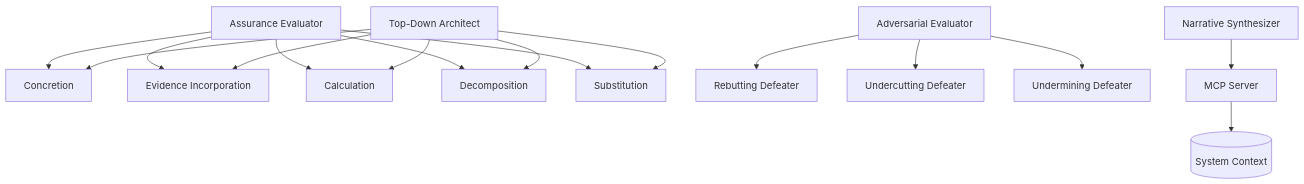
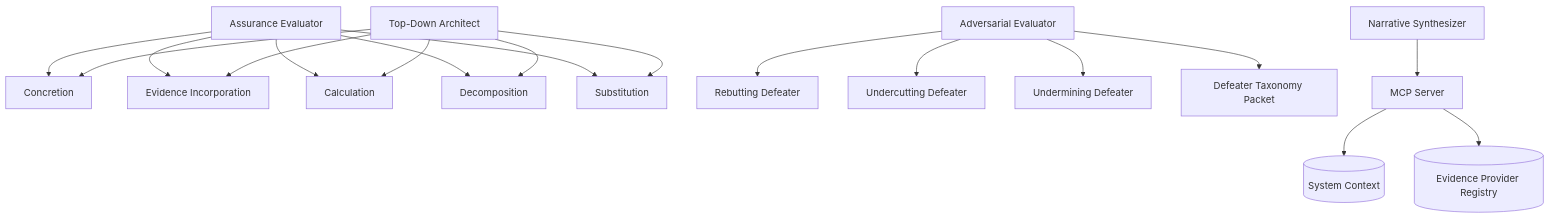
One commit to beLizzard1/AgenticAssuranceCases changed the second of 2 diagrams in README.md. Above: the diagram before and after it, drawn with Mermaid. The commit also changed other lines of this file and 34 other files, not shown here.

````diff
--- a/README.md
+++ b/README.md
@@ -37,21 +40,24 @@
 ```mermaid
 graph TD
   AE[Assurance Evaluator] --> C[Concretion]
   AE --> EI[Evidence Incorporation]
   AE --> CAL[Calculation]
   AE --> DEC[Decomposition]
   AE --> SUB[Substitution]
 
   TD[Top-Down Architect] --> EI
   TD --> CAL
   TD --> DEC
   TD --> SUB
   TD --> C
 
   ADV[Adversarial Evaluator] --> RB[Rebutting Defeater]
   ADV --> UC[Undercutting Defeater]
   ADV --> UM[Undermining Defeater]
 
+  ADV --> TAX[Defeater Taxonomy Packet]
+
   NS[Narrative Synthesizer] --> MCP[MCP Server]
   MCP --> CTX[(System Context)]
+  MCP --> REG[(Evidence Provider Registry)]
 ```
````
